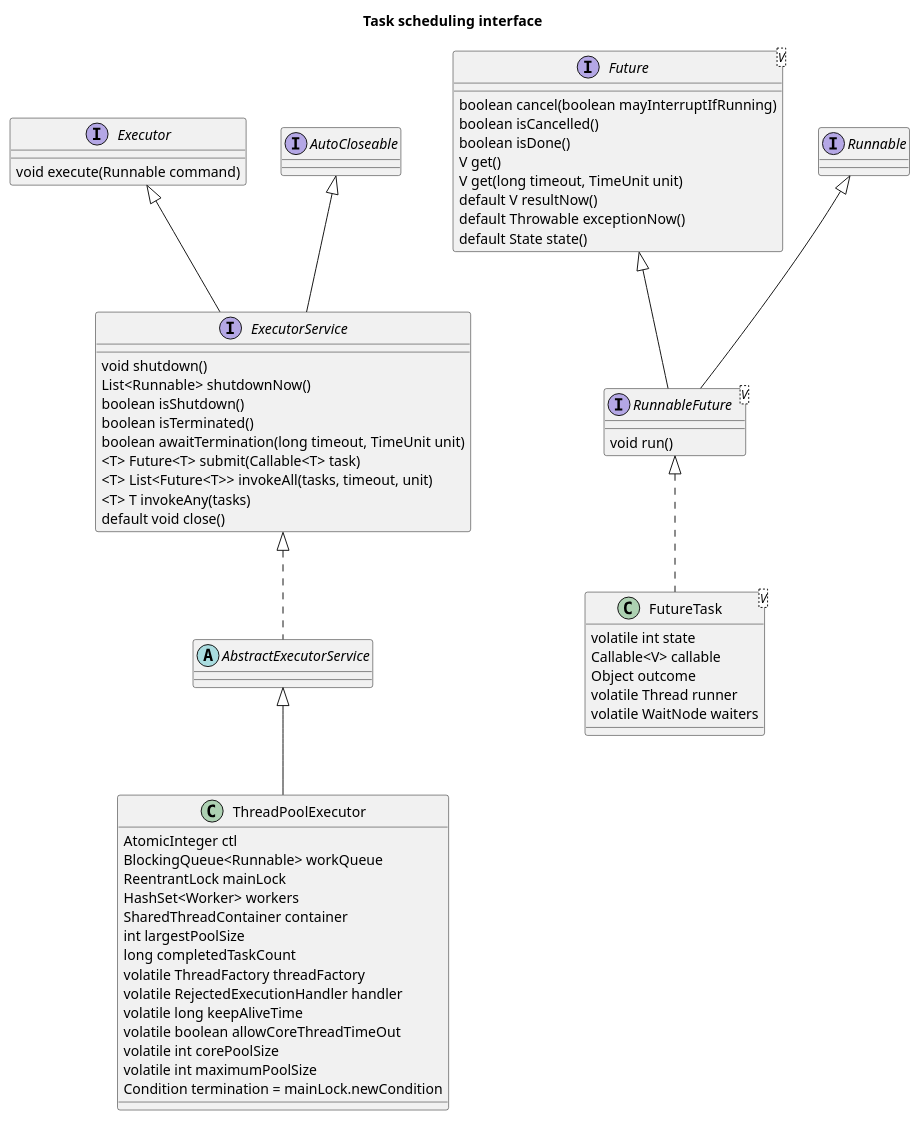
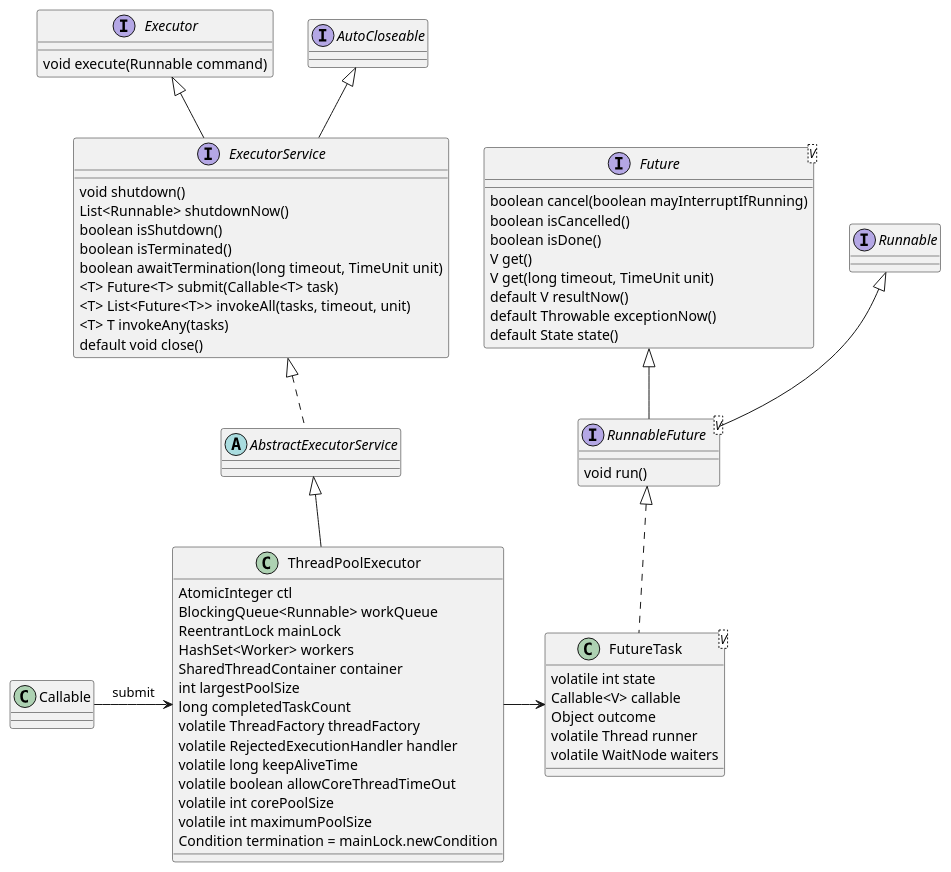
Before and after one commit to kevinwang930/kevinwang930.github.io: the first of 2 diagrams in content/post/java/concurrency/scheduling.md, drawn with PlantUML. The commit also changed other lines of this file and 4 other files, not shown here.

````diff
--- a/content/post/java/concurrency/scheduling.md
+++ b/content/post/java/concurrency/scheduling.md
@@ -128,65 +54,66 @@
 ```plantuml
-title: Task scheduling interface
+
 interface Executor {
     void execute(Runnable command)
 }
 interface ExecutorService extends Executor, AutoCloseable {
     void shutdown()
     List<Runnable> shutdownNow()
     boolean isShutdown()
     boolean isTerminated()
     boolean awaitTermination(long timeout, TimeUnit unit)
     <T> Future<T> submit(Callable<T> task)
     <T> List<Future<T>> invokeAll(tasks, timeout, unit)
     <T> T invokeAny(tasks)
     default void close()
 }
 abstract class AbstractExecutorService implements ExecutorService
 
 interface Future<V> {
     boolean cancel(boolean mayInterruptIfRunning)
     boolean isCancelled()
     boolean isDone()
     V get() 
     V get(long timeout, TimeUnit unit)
     default V resultNow() 
     default Throwable exceptionNow()
     default State state()
 }
 interface RunnableFuture<V> extends Runnable, Future {
     void run()
 }
 
 class FutureTask<V> implements RunnableFuture {
     volatile int state
     Callable<V> callable
     Object outcome
     volatile Thread runner
     volatile WaitNode waiters
 }
 
 
 
 
 
 class ThreadPoolExecutor extends AbstractExecutorService {
     AtomicInteger ctl
     BlockingQueue<Runnable> workQueue
     ReentrantLock mainLock
     HashSet<Worker> workers
     SharedThreadContainer container
     int largestPoolSize
     long completedTaskCount
     volatile ThreadFactory threadFactory
     volatile RejectedExecutionHandler handler
     volatile long keepAliveTime
     volatile boolean allowCoreThreadTimeOut
     volatile int corePoolSize
     volatile int maximumPoolSize
     Condition termination = mainLock.newCondition
 
 }
 
-
+Callable -right-> ThreadPoolExecutor: submit
+ThreadPoolExecutor -right-> FutureTask
 
 ```
````
